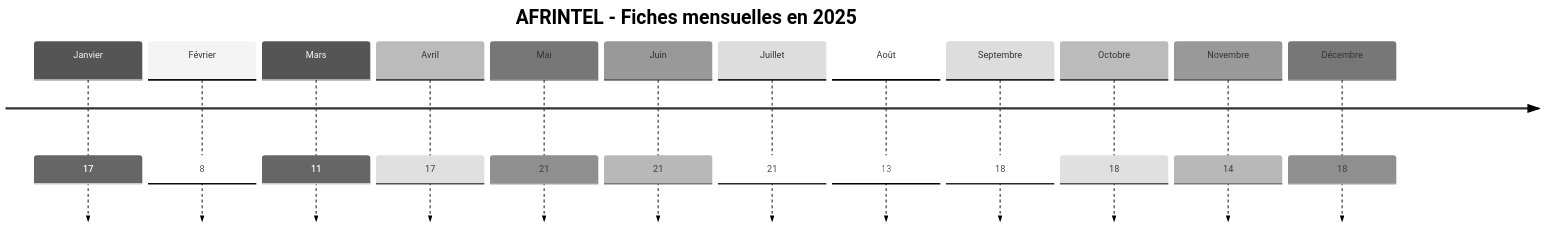
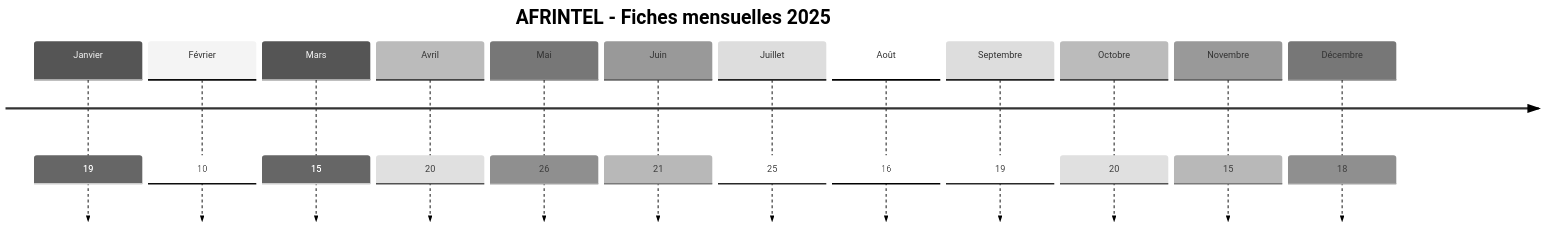
Before and after one commit to Hatchepsoute/AFRINTEL: the first of 2 diagrams in CyberAttackAfrica/2025/README_FR.md, drawn with Mermaid (neutral theme). The commit also changed other lines of this file and 73 other files, not shown here.

````diff
--- a/CyberAttackAfrica/2025/README_FR.md
+++ b/CyberAttackAfrica/2025/README_FR.md
@@ -144,16 +159,16 @@
 ```mermaid
 timeline
-    title AFRINTEL - Fiches mensuelles en 2025
-    Janvier : 17
-    Février : 8
-    Mars : 11
-    Avril : 17
-    Mai : 21
+    title AFRINTEL - Fiches mensuelles 2025
+    Janvier : 19
+    Février : 10
+    Mars : 15
+    Avril : 20
+    Mai : 26
     Juin : 21
-    Juillet : 21
-    Août : 13
-    Septembre : 18
-    Octobre : 18
-    Novembre : 14
+    Juillet : 25
+    Août : 16
+    Septembre : 19
+    Octobre : 20
+    Novembre : 15
     Décembre : 18
 ```
````
